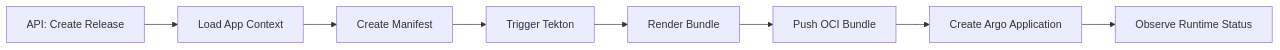
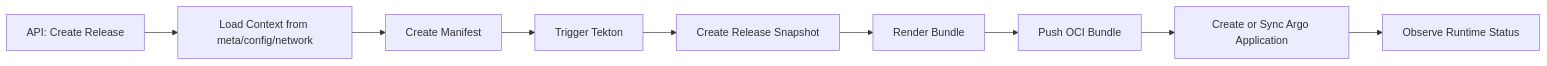
One commit to bsonger/devflow-document changed the diagram in content/docs/observability/release-trace-example.md. Above: the diagram before and after it, drawn with Mermaid. The commit also changed other lines of this file and 9 other files, not shown here.

````diff
--- a/content/docs/observability/release-trace-example.md
+++ b/content/docs/observability/release-trace-example.md
@@ -30,10 +45,11 @@
 ```mermaid
 graph LR
-    A[API: Create Release] --> B[Load App Context]
+    A[API: Create Release] --> B[Load Context from meta/config/network]
     B --> C[Create Manifest]
     C --> D[Trigger Tekton]
-    D --> E[Render Bundle]
-    E --> F[Push OCI Bundle]
-    F --> G[Create Argo Application]
-    G --> H[Observe Runtime Status]
+    D --> E[Create Release Snapshot]
+    E --> F[Render Bundle]
+    F --> G[Push OCI Bundle]
+    G --> H[Create or Sync Argo Application]
+    H --> I[Observe Runtime Status]
 ```
````
